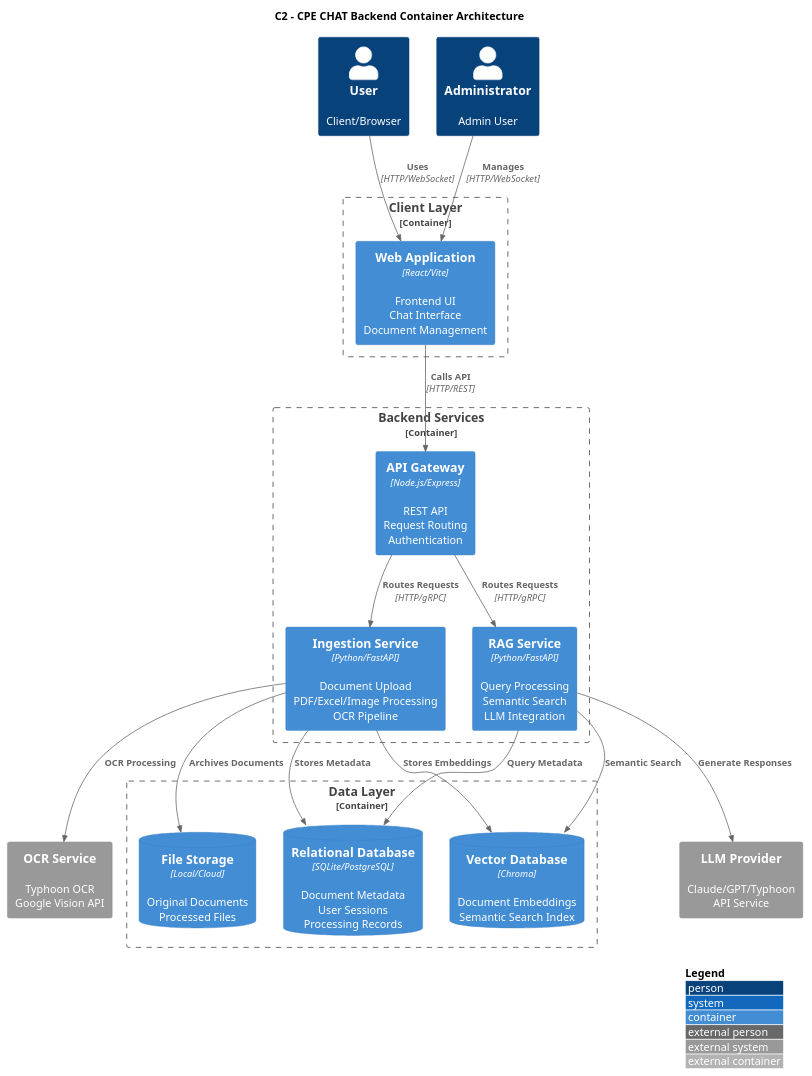
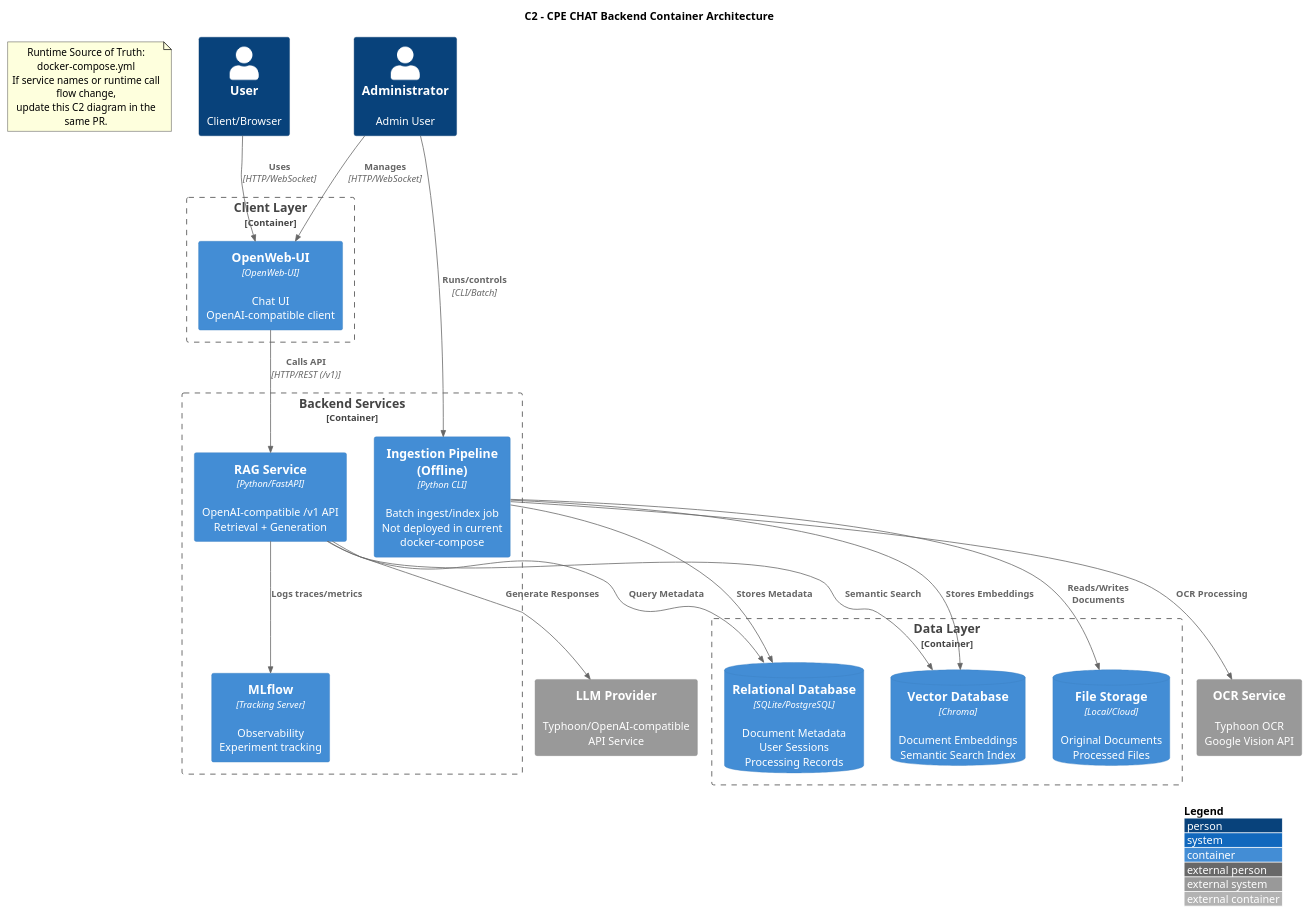
Before and after one commit to KKOIDF/CPE-CHAT-0.0.2: the diagram in docs/backend_c2_container.puml, drawn with PlantUML. The commit also changed 341 other files, not shown here.

```diff
--- a/docs/backend_c2_container.puml
+++ b/docs/backend_c2_container.puml
@@ -1,52 +1,55 @@
 @startuml Backend_C2_Container
 !include https://raw.githubusercontent.com/plantuml-stdlib/C4-PlantUML/master/C4_Container.puml
 
 LAYOUT_WITH_LEGEND()
 
 title C2 - CPE CHAT Backend Container Architecture
 
+note as c2_sot
+Runtime Source of Truth: docker-compose.yml
+If service names or runtime call flow change,
+update this C2 diagram in the same PR.
+end note
+
 Person(user, "User", "Client/Browser")
 Person(admin, "Administrator", "Admin User")
 
 Container_Boundary(client_boundary, "Client Layer") {
-    Container(web_app, "Web Application", "React/Vite", "Frontend UI\nChat Interface\nDocument Management")
+    Container(web_app, "OpenWeb-UI", "OpenWeb-UI", "Chat UI\nOpenAI-compatible client")
 }
 
 Container_Boundary(backend_boundary, "Backend Services") {
-    Container(api_server, "API Gateway", "Node.js/Express", "REST API\nRequest Routing\nAuthentication")
-    
-    Container(ingestion_api, "Ingestion Service", "Python/FastAPI", "Document Upload\nPDF/Excel/Image Processing\nOCR Pipeline")
-    
-    Container(rag_api, "RAG Service", "Python/FastAPI", "Query Processing\nSemantic Search\nLLM Integration")
+    Container(rag_api, "RAG Service", "Python/FastAPI", "OpenAI-compatible /v1 API\nRetrieval + Generation")
+    Container(ingestion_job, "Ingestion Pipeline (Offline)", "Python CLI", "Batch ingest/index job\nNot deployed in current docker-compose")
+    Container(mlflow, "MLflow", "Tracking Server", "Observability\nExperiment tracking")
 }
 
 Container_Boundary(data_boundary, "Data Layer") {
     ContainerDb(vector_db, "Vector Database", "Chroma", "Document Embeddings\nSemantic Search Index")
     
     ContainerDb(sql_db, "Relational Database", "SQLite/PostgreSQL", "Document Metadata\nUser Sessions\nProcessing Records")
     
     ContainerDb(file_storage, "File Storage", "Local/Cloud", "Original Documents\nProcessed Files")
 }
 
-System_Ext(external_llm, "LLM Provider", "Claude/GPT/Typhoon\nAPI Service")
+System_Ext(external_llm, "LLM Provider", "Typhoon/OpenAI-compatible\nAPI Service")
 
 System_Ext(external_ocr, "OCR Service", "Typhoon OCR\nGoogle Vision API")
 
 Rel(user, web_app, "Uses", "HTTP/WebSocket")
 Rel(admin, web_app, "Manages", "HTTP/WebSocket")
 
-Rel(web_app, api_server, "Calls API", "HTTP/REST")
+Rel(web_app, rag_api, "Calls API", "HTTP/REST (/v1)")
 
-Rel(api_server, ingestion_api, "Routes Requests", "HTTP/gRPC")
-Rel(api_server, rag_api, "Routes Requests", "HTTP/gRPC")
-
-Rel(ingestion_api, vector_db, "Stores Embeddings")
-Rel(ingestion_api, sql_db, "Stores Metadata")
-Rel(ingestion_api, file_storage, "Archives Documents")
-Rel(ingestion_api, external_ocr, "OCR Processing")
+Rel(ingestion_job, vector_db, "Stores Embeddings")
+Rel(ingestion_job, sql_db, "Stores Metadata")
+Rel(ingestion_job, file_storage, "Reads/Writes Documents")
+Rel(ingestion_job, external_ocr, "OCR Processing")
+Rel(admin, ingestion_job, "Runs/controls", "CLI/Batch")
 
 Rel(rag_api, vector_db, "Semantic Search")
 Rel(rag_api, sql_db, "Query Metadata")
 Rel(rag_api, external_llm, "Generate Responses")
+Rel(rag_api, mlflow, "Logs traces/metrics")
 
 @enduml
```
